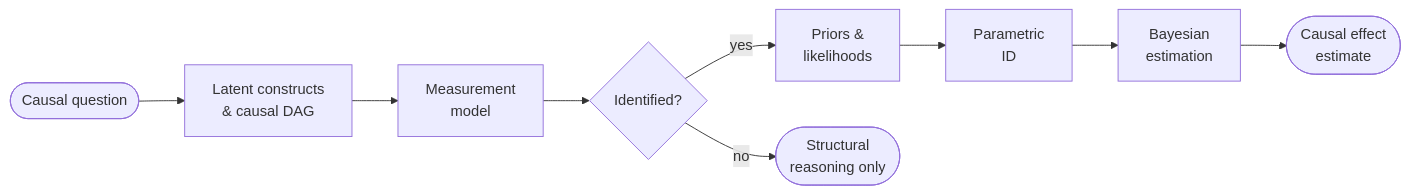
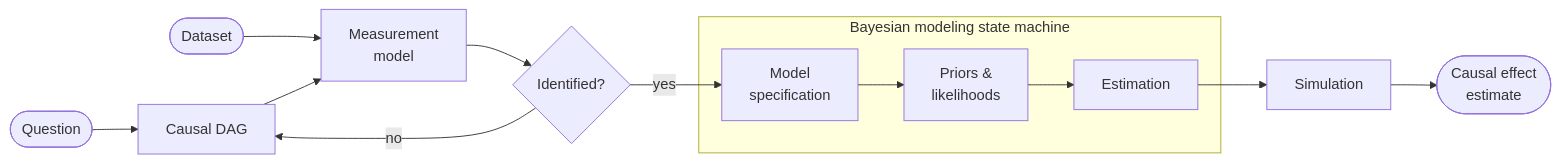
One commit to ma9o/causal-ssm-agent changed the diagram in README.md. Above: the diagram before and after it, drawn with Mermaid. The commit also changed other lines of this file and 2 other files, not shown here.

````diff
--- a/README.md
+++ b/README.md
@@ -20,16 +14,23 @@
 ```mermaid
 flowchart LR
-  Q(["Causal question"])
-  L["Latent constructs\n& causal DAG"]
+  Q(["Question"])
+  DS(["Dataset"])
+  L["Causal DAG"]
   M["Measurement\nmodel"]
   ID{"Identified?"}
+  MS["Model\nspecification"]
   P["Priors &\nlikelihoods"]
-  PID["Parametric\nID"]
-  EST["Bayesian\nestimation"]
+  EST["Estimation"]
+  SIM["Simulation"]
   R(["Causal effect\nestimate"])
-  S(["Structural\nreasoning only"])
 
-  Q --> L --> M --> ID
-  ID -- yes --> P --> PID --> EST --> R
-  ID -- no --> S
+  Q --> L 
+  DS --> M
+  L --> M --> ID
+  ID -- yes --> MS
+  subgraph Bayesian modeling state machine 
+  MS --> P --> EST
+  end
+  EST --> SIM --> R
+  ID -- no --> L
 ```
````
